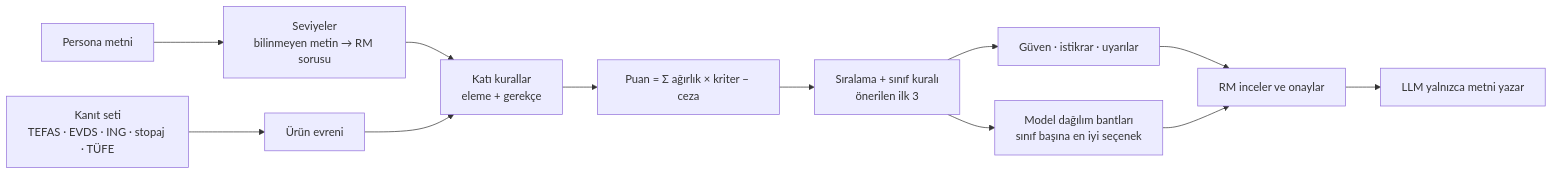
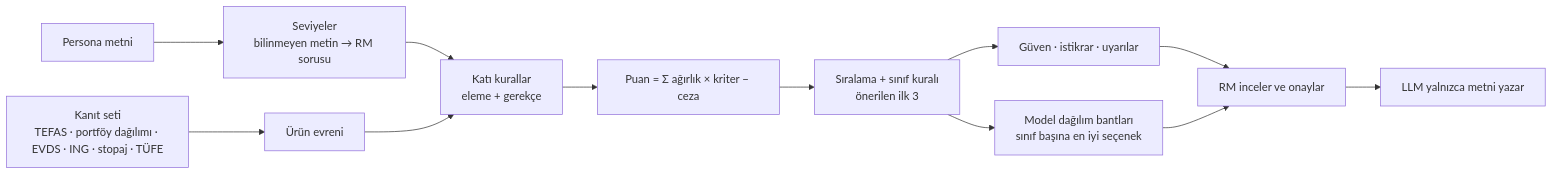
One commit to ArdahanDogru/ing-hackathon-rm-prep changed the diagram in docs/teslim/03-analitik-cozum.md. Above: the diagram before and after it, drawn with Mermaid. The commit also changed other lines of this file and 4 other files, not shown here.

````diff
--- a/docs/teslim/03-analitik-cozum.md
+++ b/docs/teslim/03-analitik-cozum.md
@@ -20,14 +20,14 @@
 ```mermaid
 flowchart LR
   P[Persona metni] --> L[Seviyeler<br/>bilinmeyen metin → RM sorusu]
-  E[Kanıt seti<br/>TEFAS · EVDS · ING · stopaj · TÜFE] --> U[Ürün evreni]
+  E[Kanıt seti<br/>TEFAS · portföy dağılımı · EVDS · ING · stopaj · TÜFE] --> U[Ürün evreni]
   L --> H[Katı kurallar<br/>eleme + gerekçe]
   U --> H
   H --> S[Puan = Σ ağırlık × kriter − ceza]
   S --> R[Sıralama + sınıf kuralı<br/>önerilen ilk 3]
   R --> C[Güven · istikrar · uyarılar]
   R --> A[Model dağılım bantları<br/>sınıf başına en iyi seçenek]
   C --> RM[RM inceler ve onaylar]
   A --> RM
   RM --> N[LLM yalnızca metni yazar]
 ```
````
